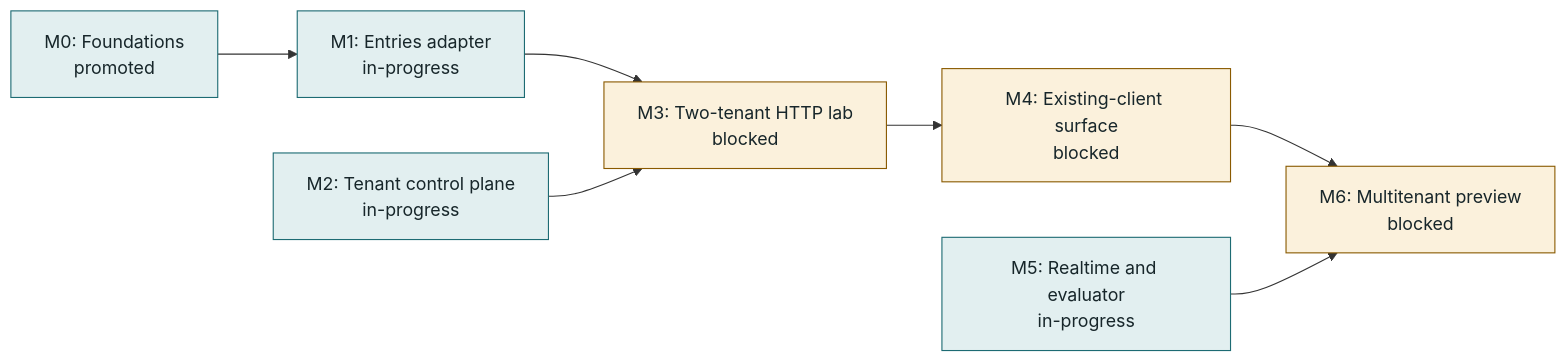
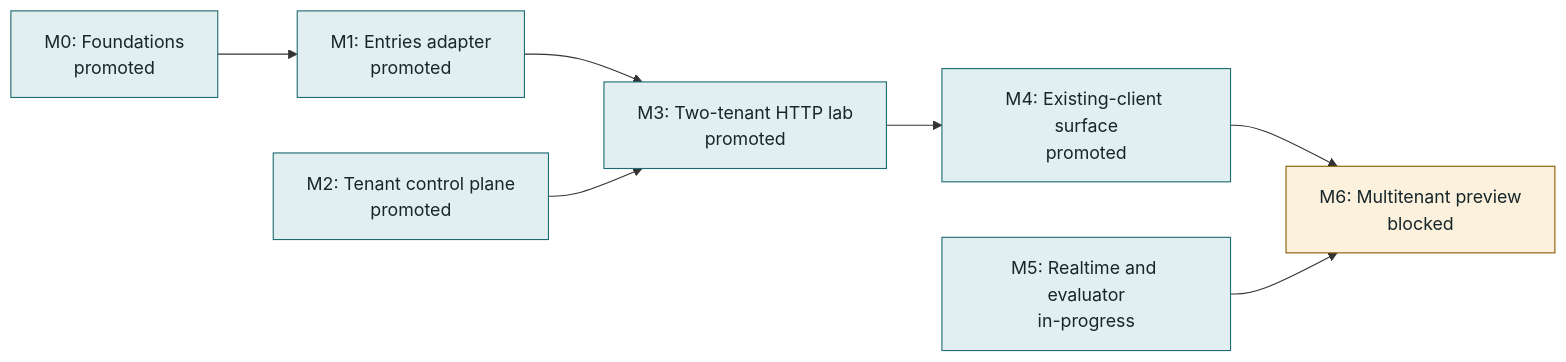
Before and after one commit to bewest/rag-nightscout-ecosystem-alignment: the first of 2 diagrams in docs/30-design/tenancy/multitenant-delivery-dashboard.md, drawn with Mermaid. The commit also changed other lines of this file and 18 other files, not shown here.

````diff
--- a/docs/30-design/tenancy/multitenant-delivery-dashboard.md
+++ b/docs/30-design/tenancy/multitenant-delivery-dashboard.md
@@ -19,26 +19,26 @@
 ```mermaid
 flowchart LR
   M0["M0: Foundations<br/>promoted"]
-  M1["M1: Entries adapter<br/>in-progress"]
-  M2["M2: Tenant control plane<br/>in-progress"]
-  M3["M3: Two-tenant HTTP lab<br/>blocked"]
-  M4["M4: Existing-client surface<br/>blocked"]
+  M1["M1: Entries adapter<br/>promoted"]
+  M2["M2: Tenant control plane<br/>promoted"]
+  M3["M3: Two-tenant HTTP lab<br/>promoted"]
+  M4["M4: Existing-client surface<br/>promoted"]
   M5["M5: Realtime and evaluator<br/>in-progress"]
   M6["M6: Multitenant preview<br/>blocked"]
   M0 --> M1
   M1 --> M3
   M2 --> M3
   M3 --> M4
   M4 --> M6
   M5 --> M6
   classDef active fill:#e2eff0,stroke:#1d6b73,color:#17262a
   classDef waiting fill:#fbf1dc,stroke:#8a5a00,color:#17262a
   classDef planned fill:#f6f8f8,stroke:#55686d,color:#17262a
   class M0 active
   class M1 active
   class M2 active
-  class M3 waiting
-  class M4 waiting
+  class M3 active
+  class M4 active
   class M5 active
   class M6 waiting
 ```
````
